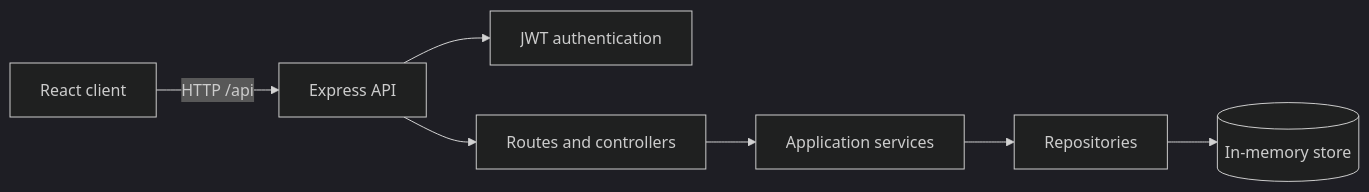
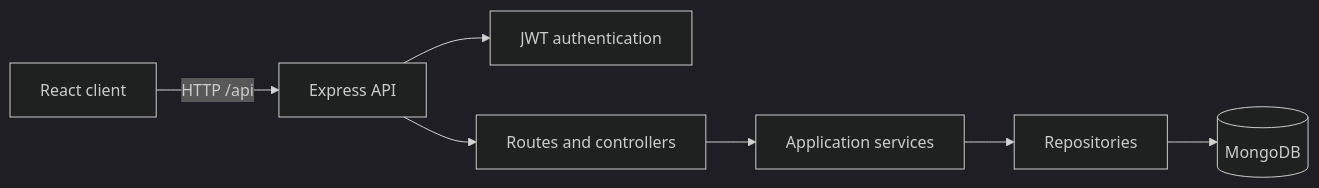
The diagram in README.md (Methul25/Full-stack-Group-Project), drawn with Mermaid (dark theme) before and after one commit. The commit also changed other lines of this file and 7 other files, not shown here.

````diff
--- a/README.md
+++ b/README.md
@@ -16,9 +17,9 @@
 ```mermaid
 flowchart LR
   Client[React client] -->|HTTP /api| API[Express API]
   API --> Auth[JWT authentication]
   API --> Routes[Routes and controllers]
   Routes --> Services[Application services]
   Services --> Repositories[Repositories]
-  Repositories --> Store[(In-memory store)]
+  Repositories --> Store[(MongoDB)]
 ```
````
